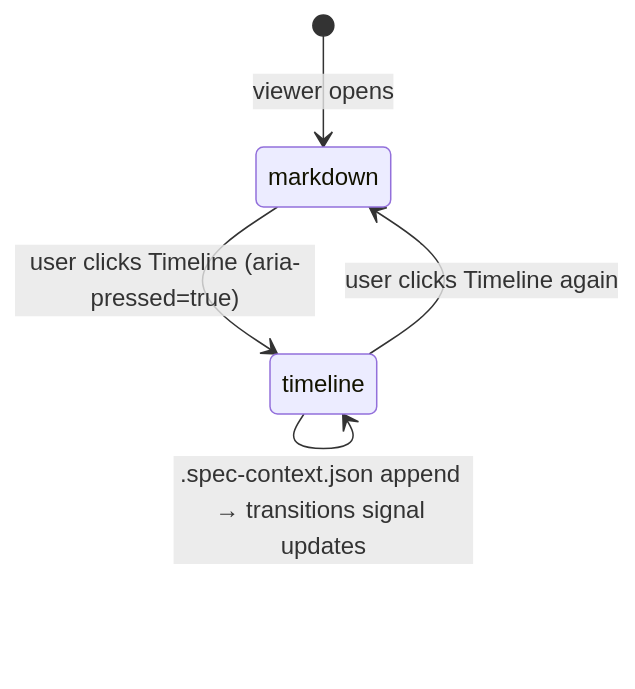
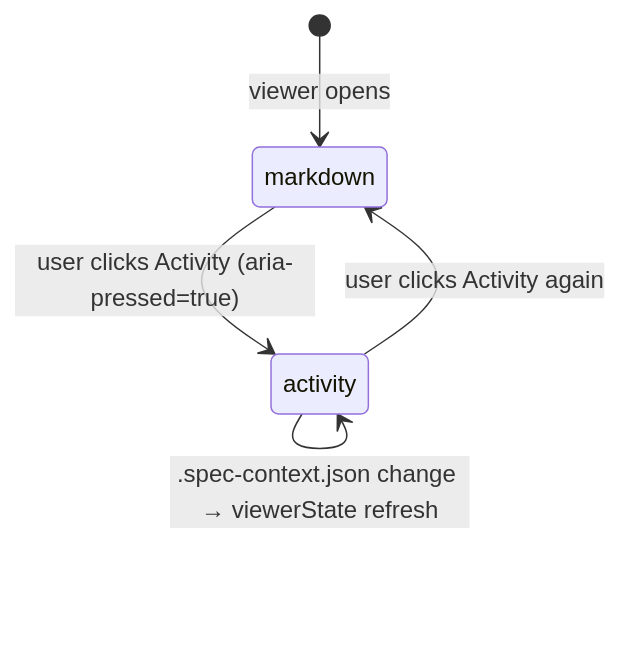
Before and after one commit to alfredoperez/speckit-companion: the seventh of 9 diagrams in docs/viewer-states.md, drawn with Mermaid. The commit also changed other lines of this file and 29 other files, not shown here.

First line of the commit message:
feat(spec-viewer): activity panel replaces timeline

````diff
--- a/docs/viewer-states.md
+++ b/docs/viewer-states.md
@@ -286,7 +287,7 @@
 ```mermaid
 stateDiagram-v2
     [*] --> markdown : viewer opens
-    markdown --> timeline : user clicks Timeline (aria-pressed=true)
-    timeline --> markdown : user clicks Timeline again
-    timeline --> timeline : .spec-context.json append → transitions signal updates
+    markdown --> activity : user clicks Activity (aria-pressed=true)
+    activity --> markdown : user clicks Activity again
+    activity --> activity : .spec-context.json change → viewerState refresh
 ```
````
